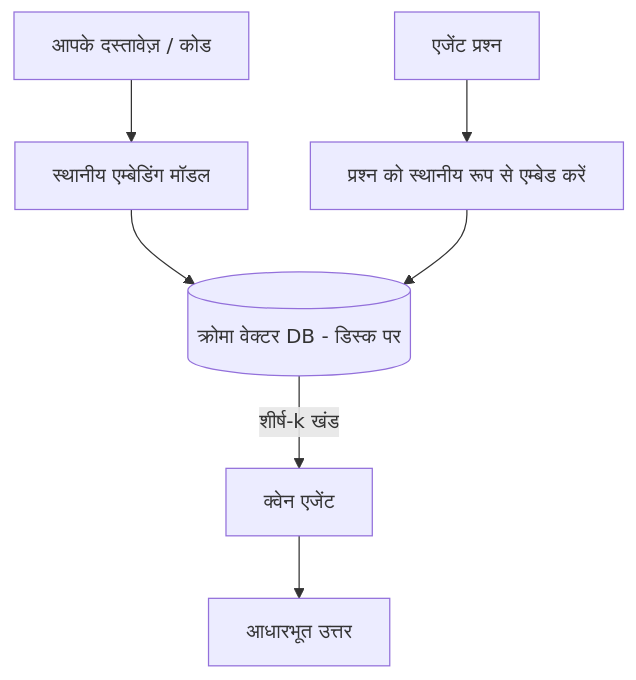
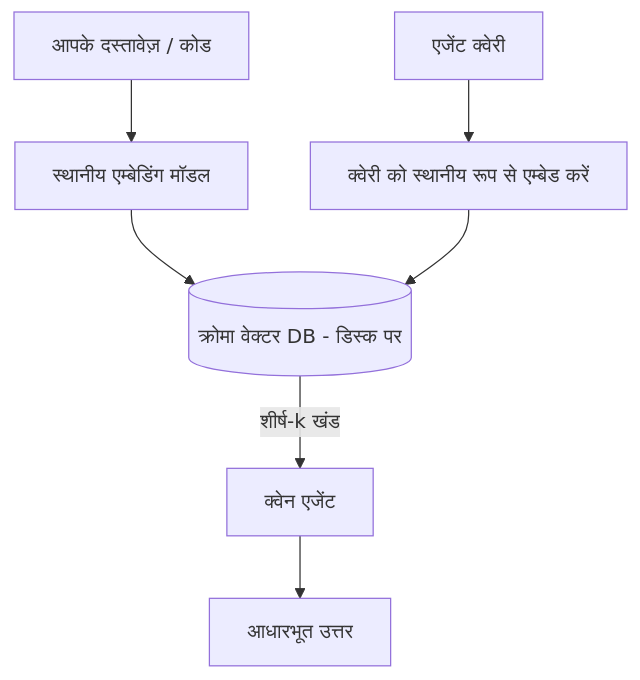
One commit to microsoft/ai-agents-for-beginners changed the third of 4 diagrams in translations/hi/17-creating-local-ai-agents/README.md. Above: the diagram before and after it, drawn with Mermaid. The commit also changed other lines of this file and 46 other files, not shown here.

````diff
--- a/translations/hi/17-creating-local-ai-agents/README.md
+++ b/translations/hi/17-creating-local-ai-agents/README.md
@@ -125,9 +125,9 @@
 ```mermaid
 flowchart TB
     D[आपके दस्तावेज़ / कोड] --> E[स्थानीय एम्बेडिंग मॉडल]
     E --> V[(क्रोमा वेक्टर DB - डिस्क पर)]
-    Q[एजेंट प्रश्न] --> QE[प्रश्न को स्थानीय रूप से एम्बेड करें]
+    Q[एजेंट क्वेरी] --> QE[क्वेरी को स्थानीय रूप से एम्बेड करें]
     QE --> V
     V -->|शीर्ष-k खंड| A[क्वेन एजेंट]
     A --> Ans[आधारभूत उत्तर]
 ```
````
